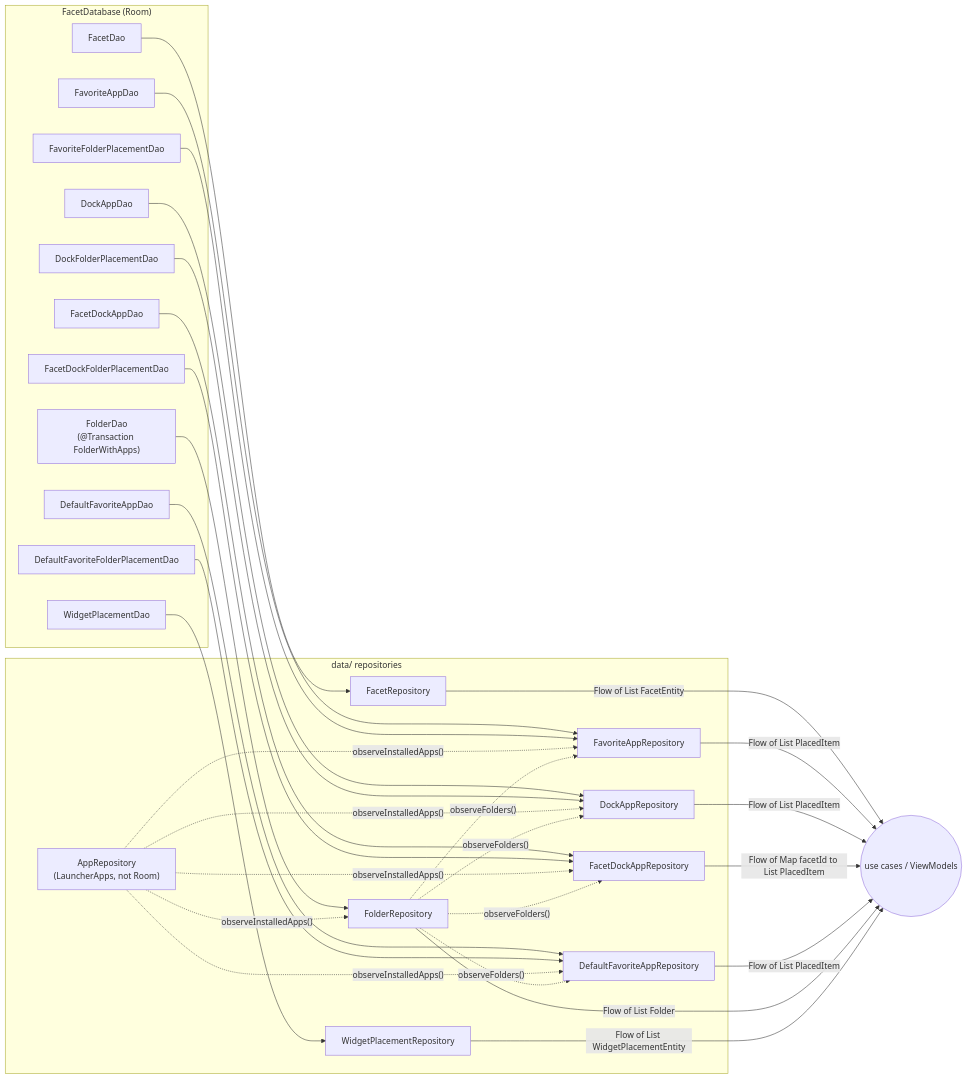
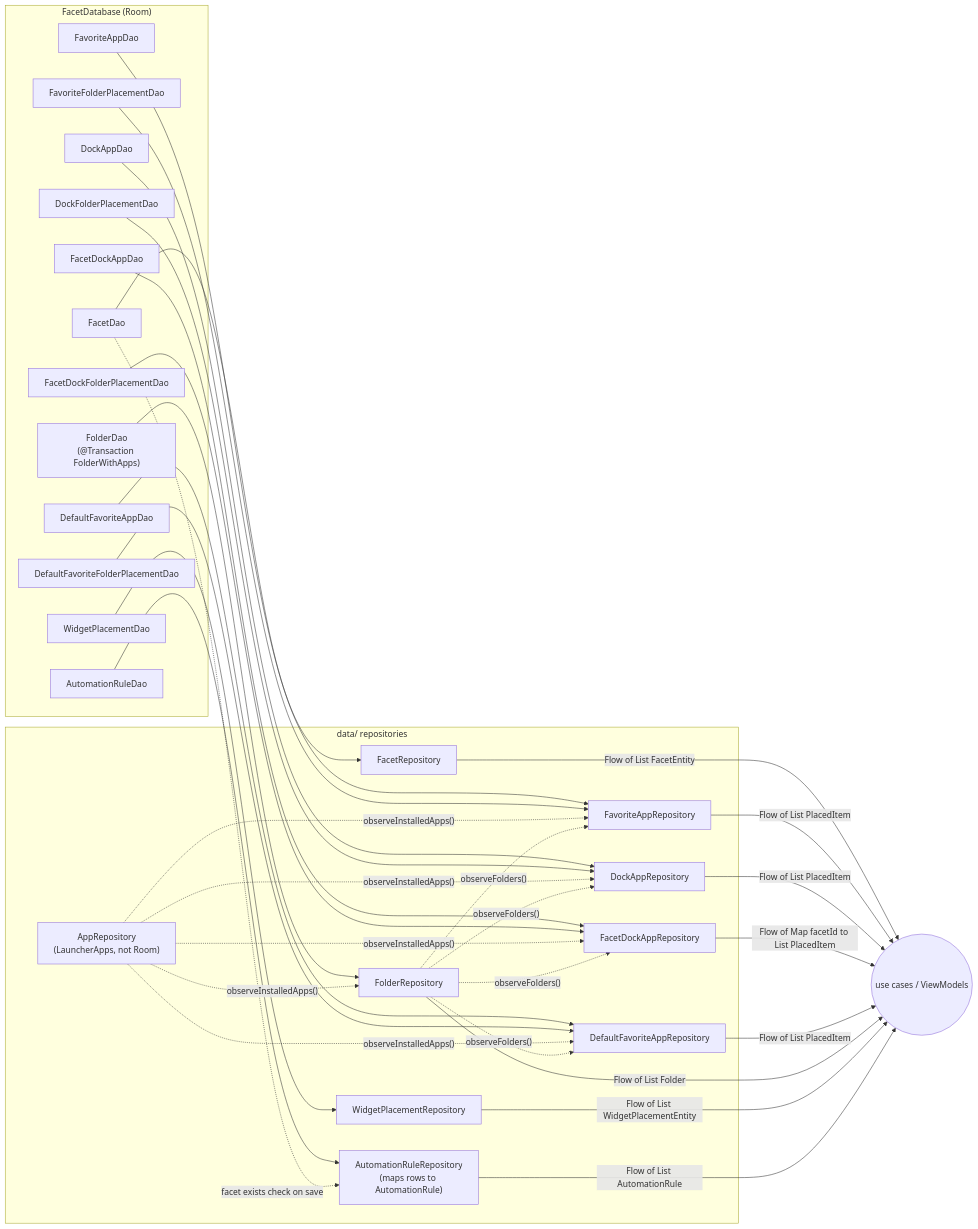
The second of 3 diagrams in docs/architecture/02-persistence-room.md (rohitganjam/facet-launcher), drawn with Mermaid before and after one commit. The commit also changed other lines of this file and 33 other files, not shown here.

First line of the commit message:
Add automation rule storage, schedule semantics and validation (phase 3)

````diff
--- a/docs/architecture/02-persistence-room.md
+++ b/docs/architecture/02-persistence-room.md
@@ -195,57 +216,62 @@
 ```mermaid
 flowchart LR
     subgraph DB["FacetDatabase (Room)"]
         FD[FacetDao]
         FAD[FavoriteAppDao]
         FFPD[FavoriteFolderPlacementDao]
         DAD[DockAppDao]
         DFPD[DockFolderPlacementDao]
         FDAD[FacetDockAppDao]
         FDFPD[FacetDockFolderPlacementDao]
         DFAD[DefaultFavoriteAppDao]
         DFFPD[DefaultFavoriteFolderPlacementDao]
         FOD["FolderDao\n(@Transaction FolderWithApps)"]
         WPD[WidgetPlacementDao]
+        ARD[AutomationRuleDao]
     end
 
     subgraph REPO["data/ repositories"]
         FR[FacetRepository]
         FAR[FavoriteAppRepository]
         DAR[DockAppRepository]
         FDAR[FacetDockAppRepository]
         DFAR[DefaultFavoriteAppRepository]
         FOR[FolderRepository]
         WPR[WidgetPlacementRepository]
+        ARR["AutomationRuleRepository\n(maps rows to AutomationRule)"]
         AR["AppRepository\n(LauncherApps, not Room)"]
     end
 
     FD --> FR
     FAD --> FAR
     FFPD --> FAR
     DAD --> DAR
     DFPD --> DAR
     FDAD --> FDAR
     FDFPD --> FDAR
     DFAD --> DFAR
     DFFPD --> DFAR
     FOD --> FOR
     WPD --> WPR
+    ARD --> ARR
+    FD -. "facet exists check on save" .-> ARR
 
     AR -. "observeInstalledApps()" .-> FOR
     AR -. "observeInstalledApps()" .-> FAR
     AR -. "observeInstalledApps()" .-> DAR
     AR -. "observeInstalledApps()" .-> FDAR
     AR -. "observeInstalledApps()" .-> DFAR
     FOR -. "observeFolders()" .-> FAR
     FOR -. "observeFolders()" .-> DAR
     FOR -. "observeFolders()" .-> FDAR
     FOR -. "observeFolders()" .-> DFAR
 
     FR -- "Flow of List FacetEntity" --> OUT((use cases / ViewModels))
     FAR -- "Flow of List PlacedItem" --> OUT
     DAR -- "Flow of List PlacedItem" --> OUT
     FDAR -- "Flow of Map facetId to List PlacedItem" --> OUT
     DFAR -- "Flow of List PlacedItem" --> OUT
     FOR -- "Flow of List Folder" --> OUT
     WPR -- "Flow of List WidgetPlacementEntity" --> OUT
+    ARR -- "Flow of List AutomationRule" --> OUT
 ```
````
